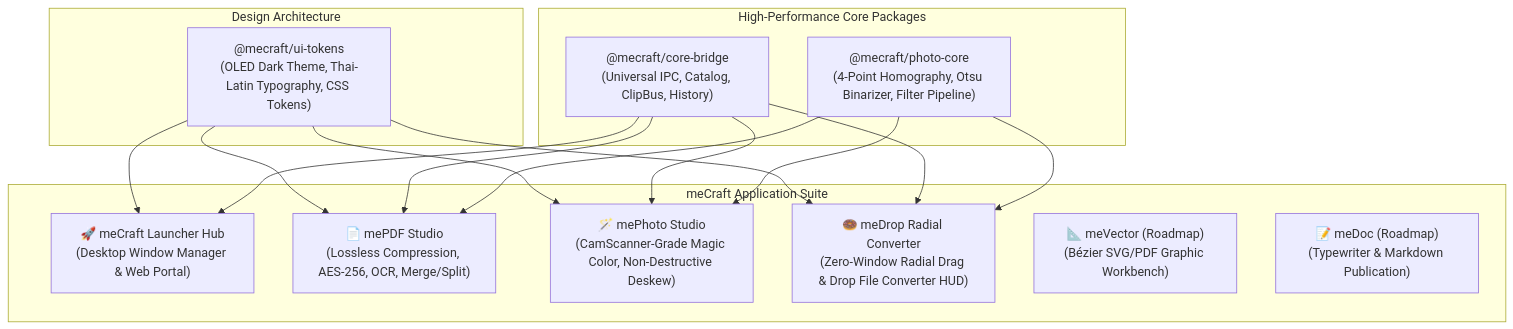
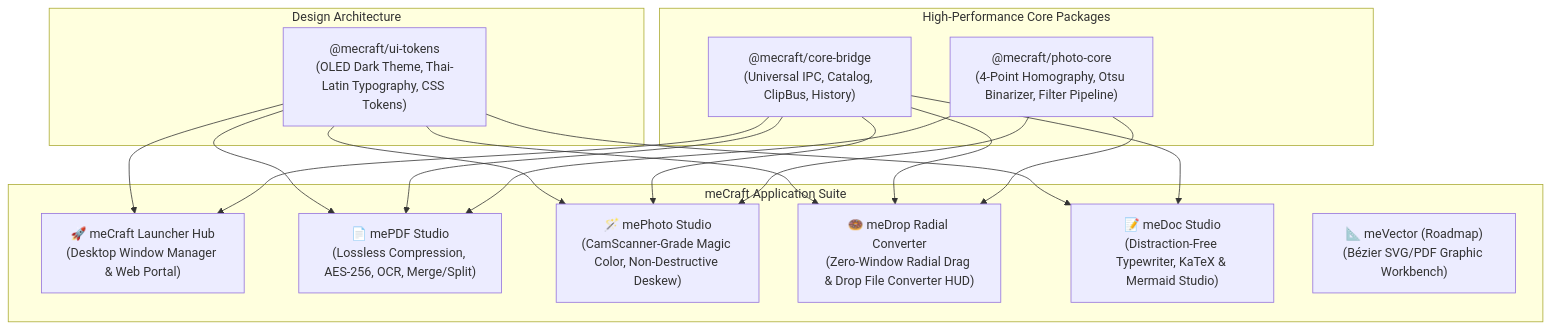
The diagram in README.md (methastrategy/meCraft), drawn with Mermaid before and after one commit. The commit also changed other lines of this file and 2 other files, not shown here.

````diff
--- a/README.md
+++ b/README.md
@@ -47,34 +48,36 @@
 ```mermaid
 flowchart TD
     subgraph UI_Tokens["Design Architecture"]
         Tokens["@mecraft/ui-tokens\n(OLED Dark Theme, Thai-Latin Typography, CSS Tokens)"]
     end
 
     subgraph Core_Engines["High-Performance Core Packages"]
         Bridge["@mecraft/core-bridge\n(Universal IPC, Catalog, ClipBus, History)"]
         PhotoCore["@mecraft/photo-core\n(4-Point Homography, Otsu Binarizer, Filter Pipeline)"]
     end
 
     subgraph App_Suite["meCraft Application Suite"]
         Launcher["🚀 meCraft Launcher Hub\n(Desktop Window Manager & Web Portal)"]
         PDF["📄 mePDF Studio\n(Lossless Compression, AES-256, OCR, Merge/Split)"]
         Photo["🪄 mePhoto Studio\n(CamScanner-Grade Magic Color, Non-Destructive Deskew)"]
         Drop["🍩 meDrop Radial Converter\n(Zero-Window Radial Drag & Drop File Converter HUD)"]
+        Doc["📝 meDoc Studio\n(Distraction-Free Typewriter, KaTeX & Mermaid Studio)"]
         Vector["📐 meVector (Roadmap)\n(Bézier SVG/PDF Graphic Workbench)"]
-        Doc["📝 meDoc (Roadmap)\n(Typewriter & Markdown Publication)"]
     end
 
     Tokens --> Launcher
     Tokens --> PDF
     Tokens --> Photo
     Tokens --> Drop
+    Tokens --> Doc
 
     Bridge --> Launcher
     Bridge --> PDF
     Bridge --> Photo
     Bridge --> Drop
+    Bridge --> Doc
 
     PhotoCore --> Photo
     PhotoCore --> PDF
     PhotoCore --> Drop
 ```
````
